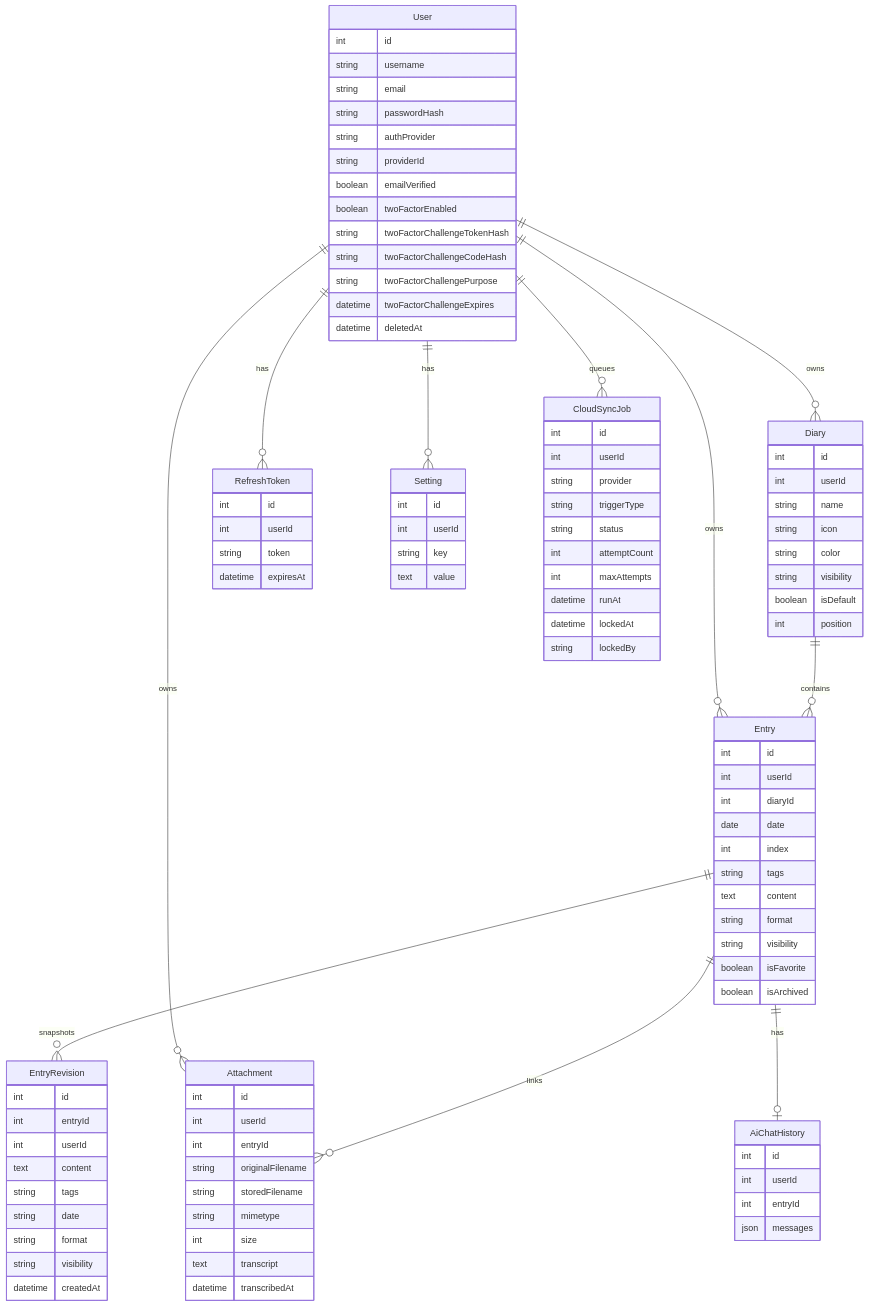
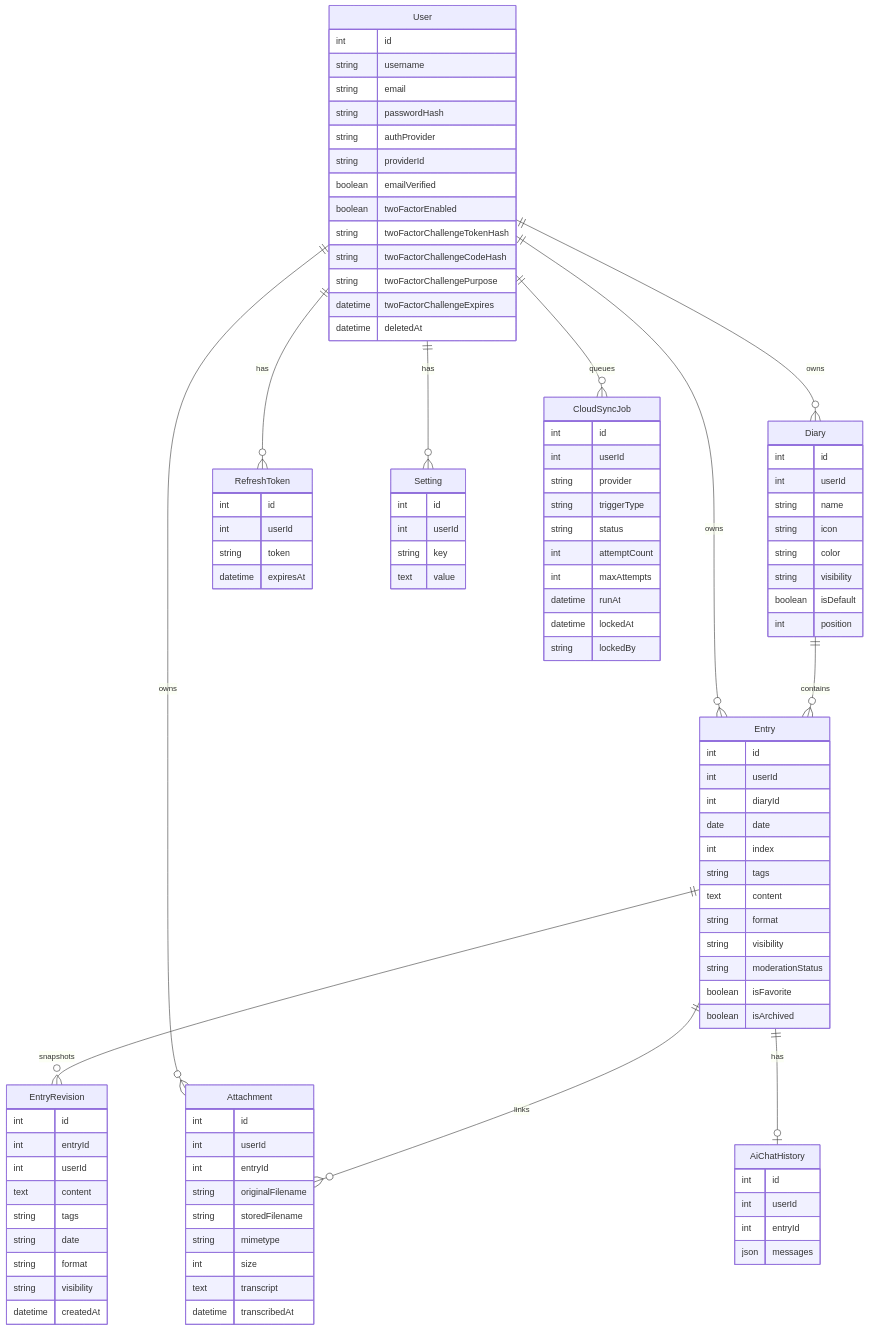
One commit to chefzaid/thoughty changed the diagram in docs/data-model.md. Above: the diagram before and after it, drawn with Mermaid. The commit also changed other lines of this file and 42 other files, not shown here.

````diff
--- a/docs/data-model.md
+++ b/docs/data-model.md
@@ -55,6 +55,7 @@
         text content
         string format
         string visibility
+        string moderationStatus
         boolean isFavorite
         boolean isArchived
     }
@@ -115,5 +116,5 @@
         int userId
         int entryId
         json messages
-    }
+}
 ```
````
